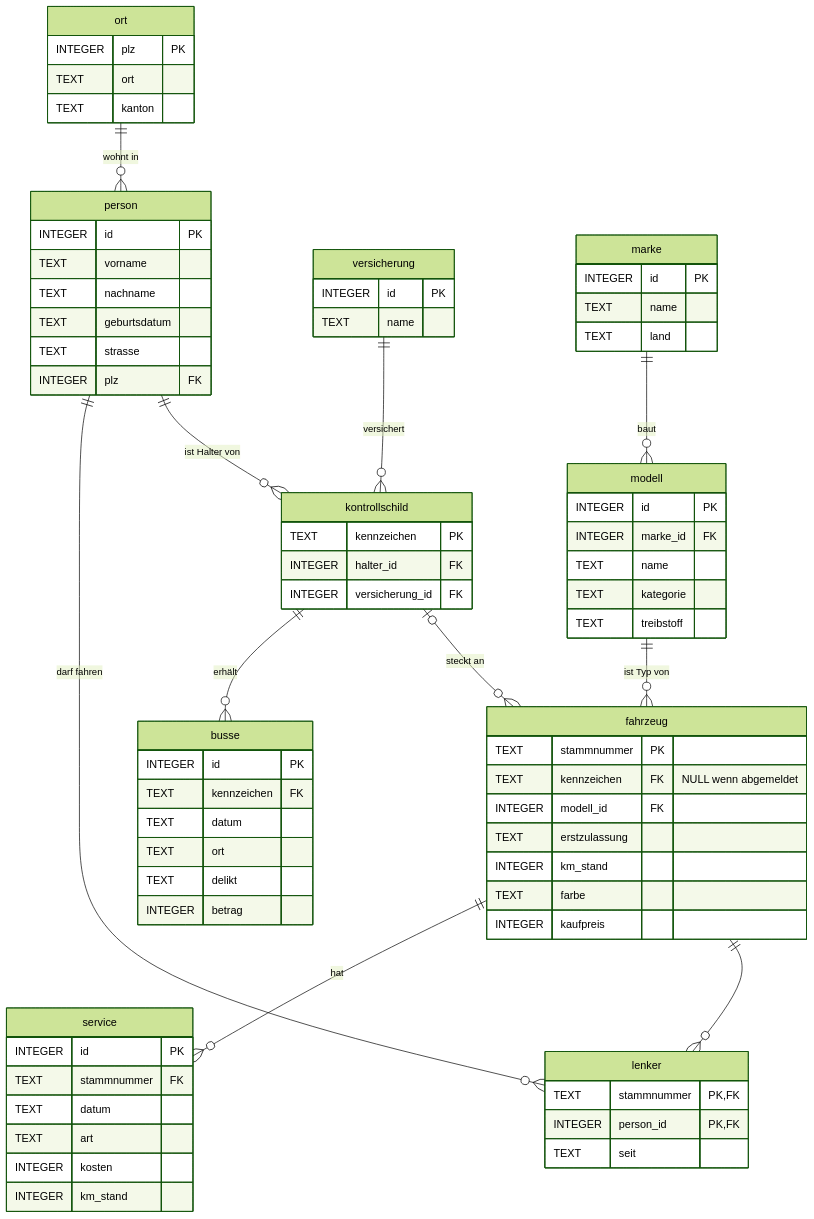
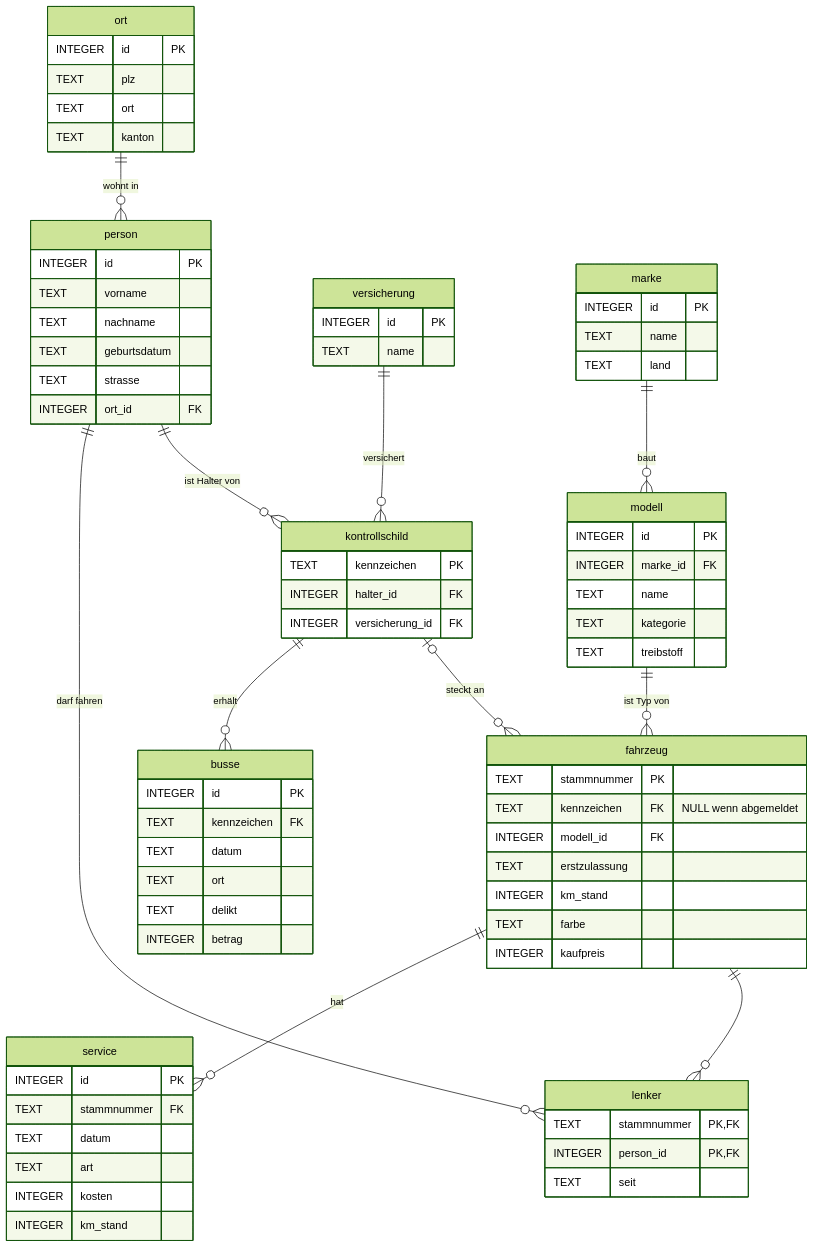
The diagram in docs/erd-fahrzeuge.md (JanickSpielmann/sandbox-lernknoten), drawn with Mermaid (forest theme) before and after one commit. The commit also changed other lines of this file and 1 other file, not shown here.

Commit message:
Ort mit eigener id statt PLZ als Primärschlüssel (1.5.1)

````diff
--- a/docs/erd-fahrzeuge.md
+++ b/docs/erd-fahrzeuge.md
@@ -5,78 +5,79 @@
 ```mermaid
 erDiagram
     ort ||--o{ person : "wohnt in"
     person ||--o{ kontrollschild : "ist Halter von"
     versicherung ||--o{ kontrollschild : "versichert"
     kontrollschild |o--o{ fahrzeug : "steckt an"
     marke ||--o{ modell : "baut"
     modell ||--o{ fahrzeug : "ist Typ von"
     fahrzeug ||--o{ lenker : ""
     person ||--o{ lenker : "darf fahren"
     fahrzeug ||--o{ service : "hat"
     kontrollschild ||--o{ busse : "erhält"
 
     ort {
-        INTEGER plz PK
+        INTEGER id PK
+        TEXT plz
         TEXT ort
         TEXT kanton
     }
     person {
         INTEGER id PK
         TEXT vorname
         TEXT nachname
         TEXT geburtsdatum
         TEXT strasse
-        INTEGER plz FK
+        INTEGER ort_id FK
     }
     versicherung {
         INTEGER id PK
         TEXT name
     }
     kontrollschild {
         TEXT kennzeichen PK
         INTEGER halter_id FK
         INTEGER versicherung_id FK
     }
     marke {
         INTEGER id PK
         TEXT name
         TEXT land
     }
     modell {
         INTEGER id PK
         INTEGER marke_id FK
         TEXT name
         TEXT kategorie
         TEXT treibstoff
     }
     fahrzeug {
         TEXT stammnummer PK
         TEXT kennzeichen FK "NULL wenn abgemeldet"
         INTEGER modell_id FK
         TEXT erstzulassung
         INTEGER km_stand
         TEXT farbe
         INTEGER kaufpreis
     }
     lenker {
         TEXT stammnummer PK,FK
         INTEGER person_id PK,FK
         TEXT seit
     }
     service {
         INTEGER id PK
         TEXT stammnummer FK
         TEXT datum
         TEXT art
         INTEGER kosten
         INTEGER km_stand
     }
     busse {
         INTEGER id PK
         TEXT kennzeichen FK
         TEXT datum
         TEXT ort
         TEXT delikt
         INTEGER betrag
     }
 ```
````
